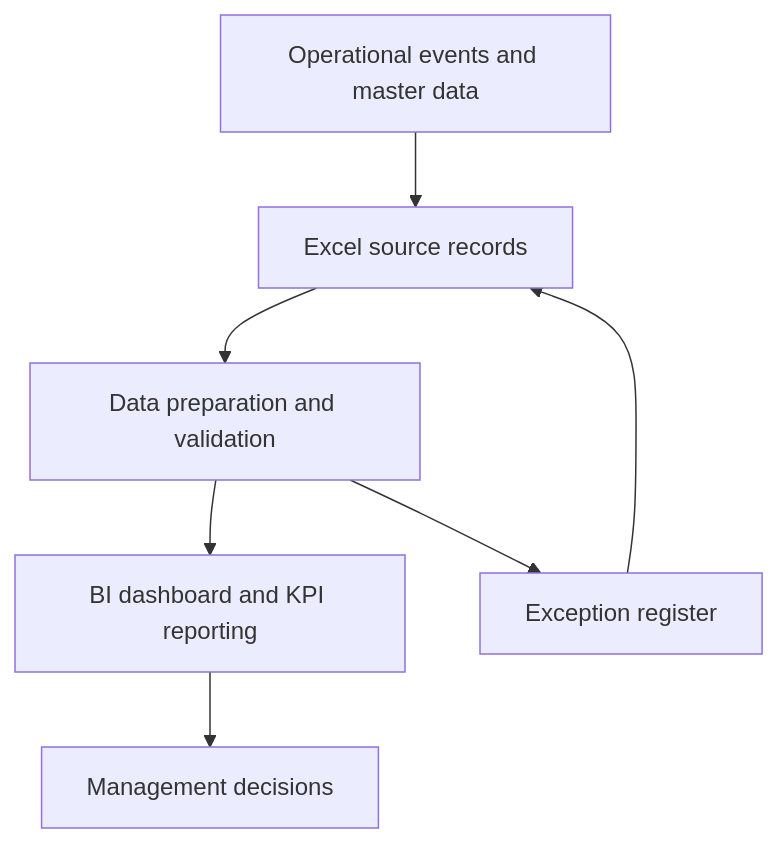
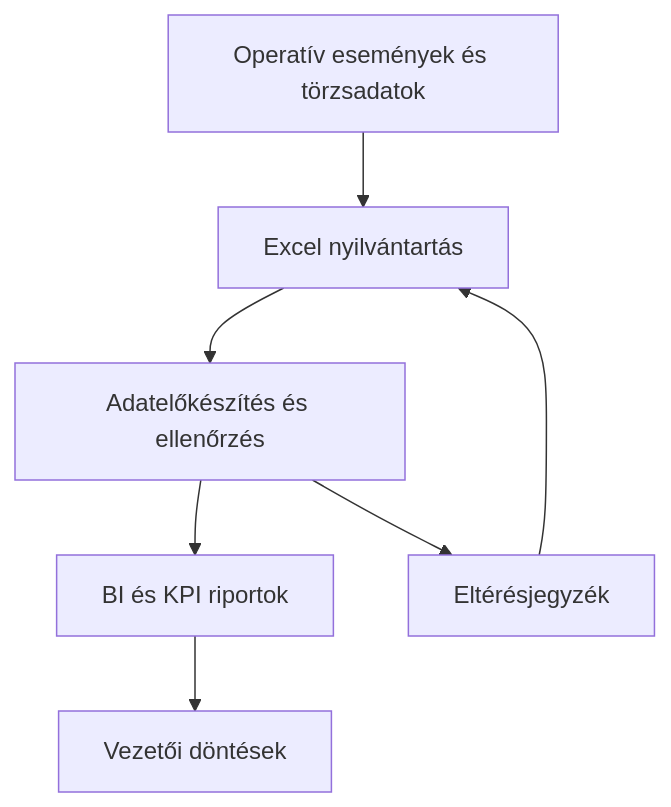
One commit to richardvoros/operational-bi-audit changed the diagram in README.md. Above: the diagram before and after it, drawn with Mermaid. The commit also changed other lines of this file, not shown here.

````diff
--- a/README.md
+++ b/README.md
@@ -23,9 +11,9 @@
 ```mermaid
 flowchart TD
- A[Operational events and master data] --> B[Excel source records]
- B --> C[Data preparation and validation]
- C --> D[BI dashboard and KPI reporting]
- C --> E[Exception register]
+ A[Operatív események és törzsadatok] --> B[Excel nyilvántartás]
+ B --> C[Adatelőkészítés és ellenőrzés]
+ C --> D[BI és KPI riportok]
+ C --> E[Eltérésjegyzék]
  E --> B
- D --> F[Management decisions]
+ D --> F[Vezetői döntések]
 ```
````
